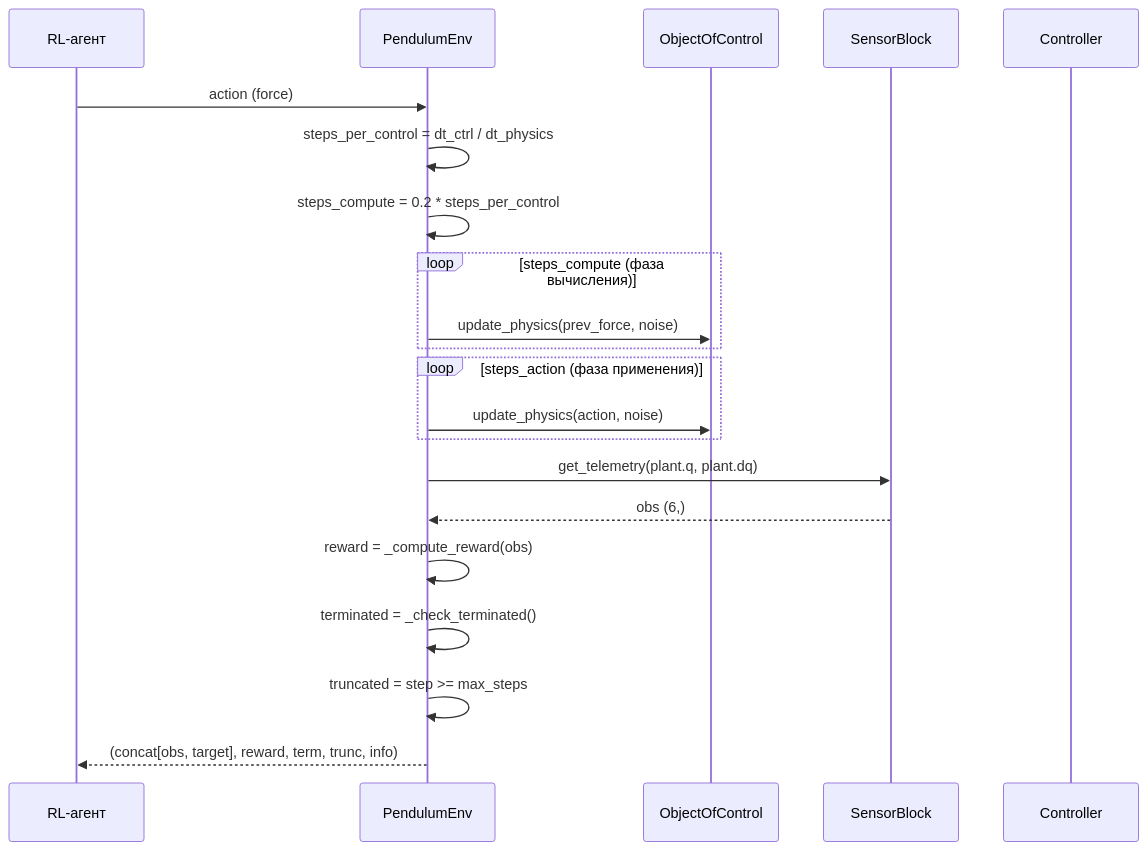
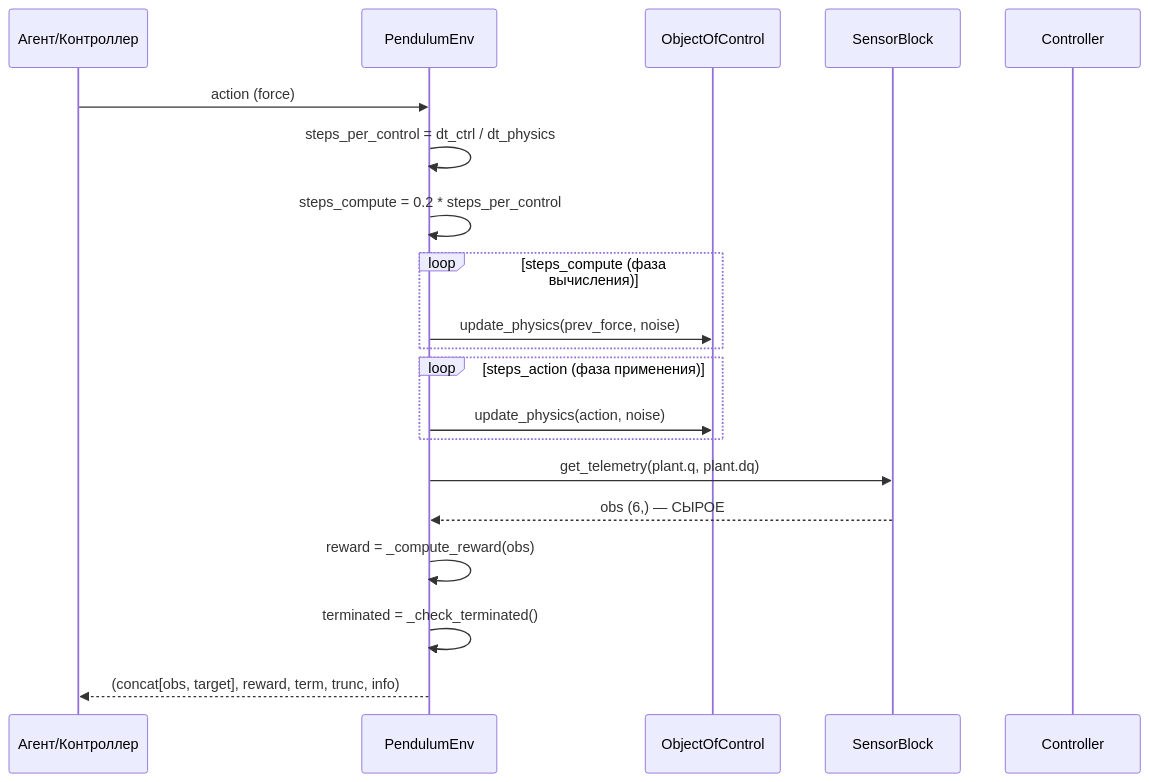
Before and after one commit to gshjis/RL_control: the eighth of 9 diagrams in docs/TECHNICAL_DOCUMENTATION.md, drawn with Mermaid. The commit also changed other lines of this file and 10 other files, not shown here.

````diff
--- a/docs/TECHNICAL_DOCUMENTATION.md
+++ b/docs/TECHNICAL_DOCUMENTATION.md
@@ -1101,27 +681,26 @@
 ```mermaid
 sequenceDiagram
-    participant Agent as RL-агент
+    participant Agent as Агент/Контроллер
     participant Env as PendulumEnv
     participant Plant as ObjectOfControl
     participant Sensor as SensorBlock
     participant Ctrl as Controller
 
     Agent->>Env: action (force)
     Env->>Env: steps_per_control = dt_ctrl / dt_physics
     Env->>Env: steps_compute = 0.2 * steps_per_control
 
     loop steps_compute (фаза вычисления)
         Env->>Plant: update_physics(prev_force, noise)
     end
 
     loop steps_action (фаза применения)
         Env->>Plant: update_physics(action, noise)
     end
 
     Env->>Sensor: get_telemetry(plant.q, plant.dq)
-    Sensor-->>Env: obs (6,)
+    Sensor-->>Env: obs (6,) — СЫРОЕ
     Env->>Env: reward = _compute_reward(obs)
     Env->>Env: terminated = _check_terminated()
-    Env->>Env: truncated = step >= max_steps
     Env-->>Agent: (concat[obs, target], reward, term, trunc, info)
 ```
````
